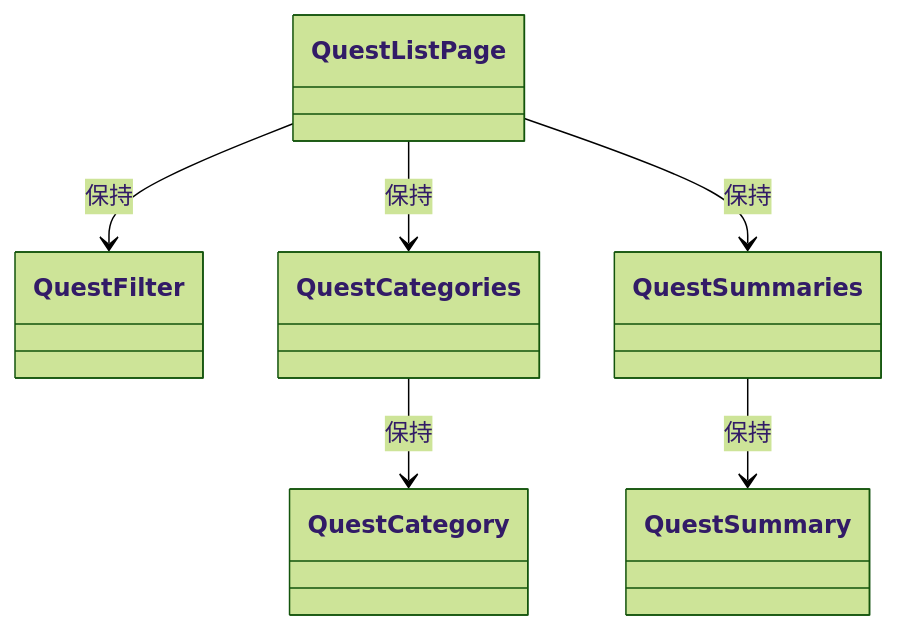
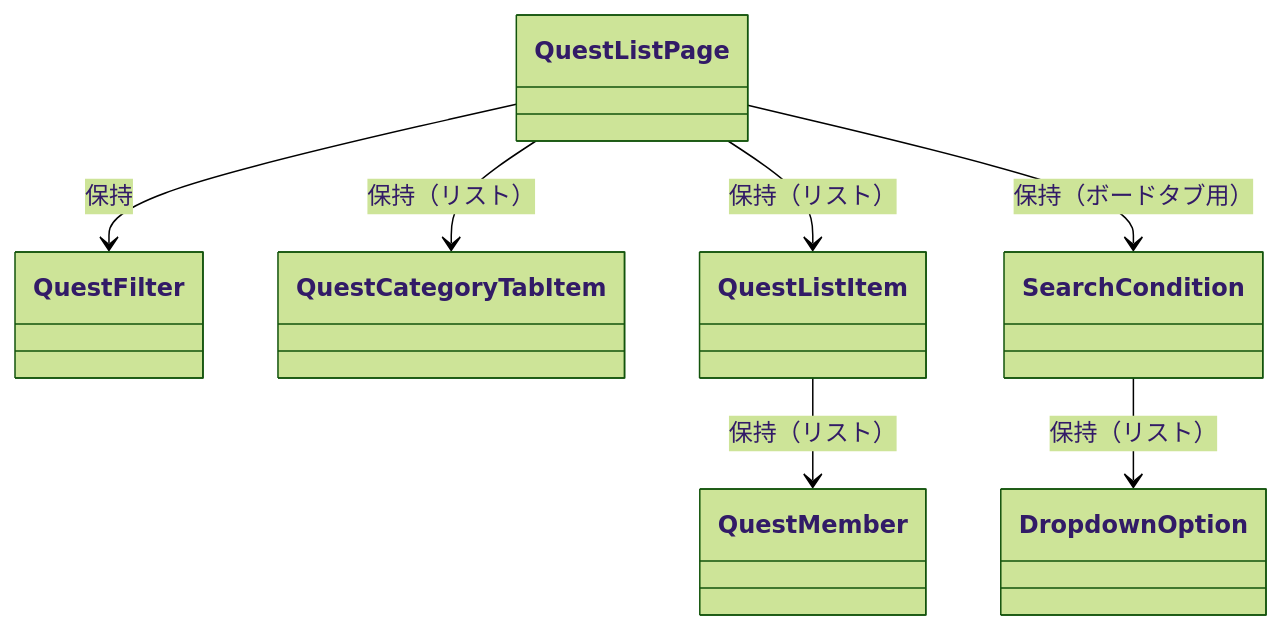
Before and after one commit to shuhei1101/allowance-questboard: the diagram in docs/ja/設計書/Quest/QuestListPage/QuestListPage_構造体.md, drawn with Mermaid (forest theme). The commit also changed other lines of this file and 6 other files, not shown here.

````diff
--- a/docs/ja/設計書/Quest/QuestListPage/QuestListPage_構造体.md
+++ b/docs/ja/設計書/Quest/QuestListPage/QuestListPage_構造体.md
@@ -8,16 +23,17 @@
 ```mermaid
 classDiagram
 %% 構造体
 class QuestFilter
-class QuestCategories
-class QuestCategory
-class QuestSummaries
-class QuestSummary
+class QuestCategoryTabItem
+class QuestListItem
+class QuestMember
+class SearchCondition
 
 QuestListPage --> QuestFilter : 保持
-QuestListPage --> QuestCategories : 保持
-QuestListPage --> QuestSummaries : 保持
+QuestListPage --> QuestCategoryTabItem : 保持（リスト）
+QuestListPage --> QuestListItem : 保持（リスト）
 
-QuestCategories --> QuestCategory : 保持
-QuestSummaries --> QuestSummary : 保持
+QuestListItem --> QuestMember : 保持（リスト）
+QuestListPage --> SearchCondition : 保持（ボードタブ用）
+SearchCondition --> DropdownOption : 保持（リスト）
 ```
````
